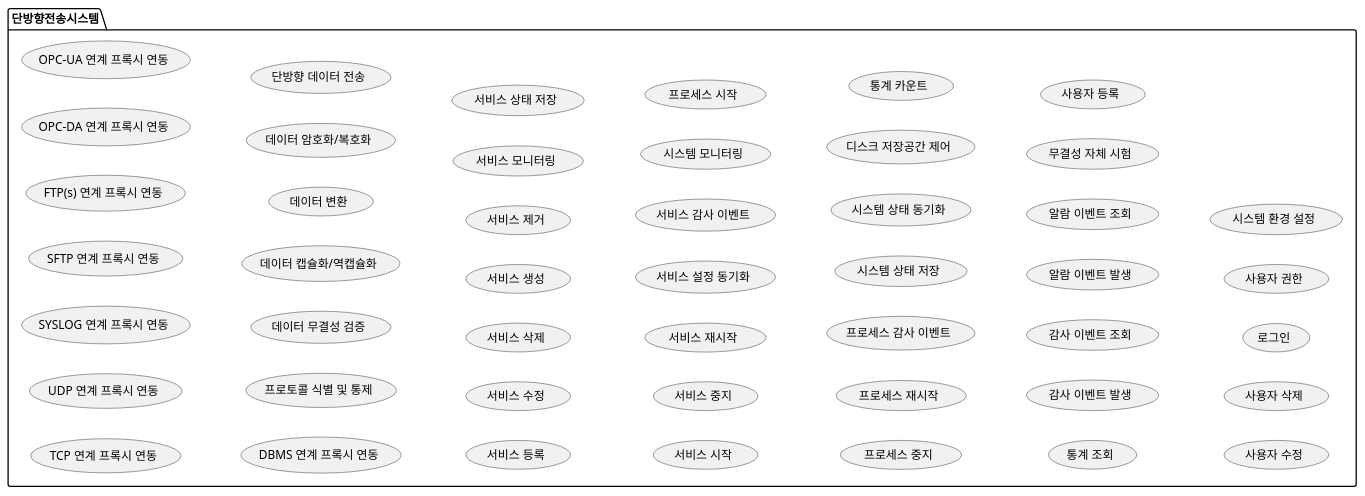
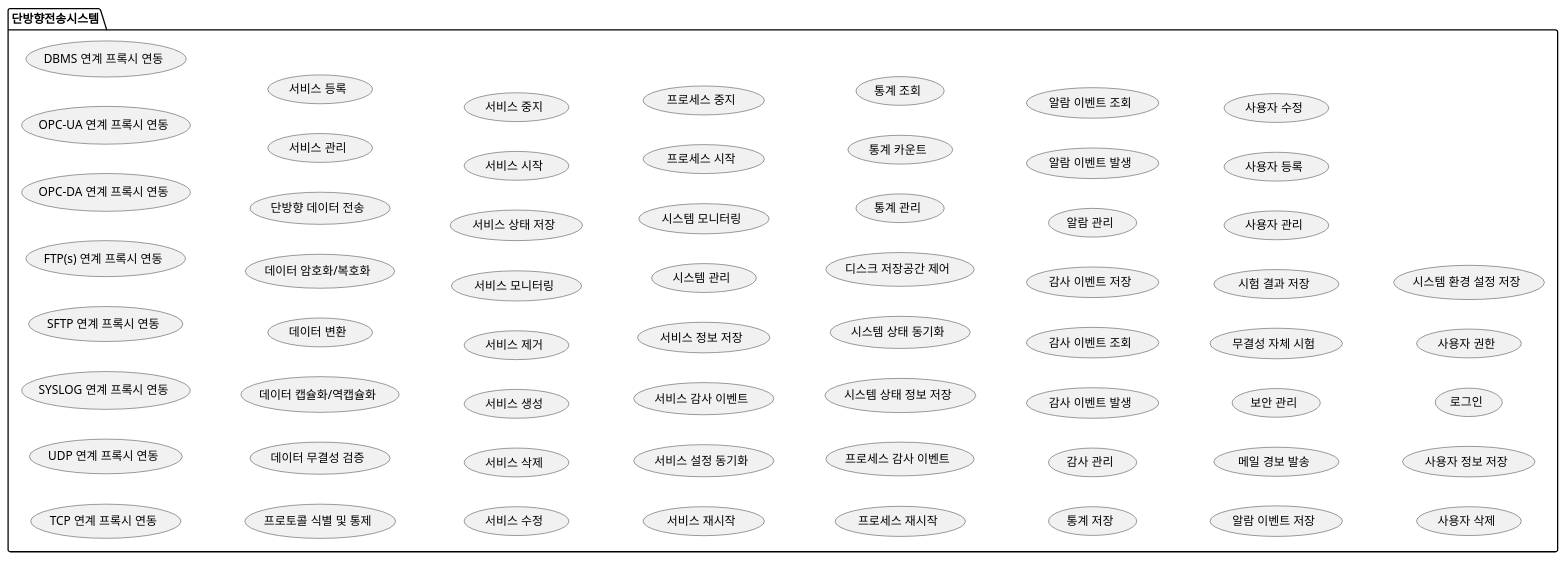
Before and after one commit to phs2131/CSharpStudy: the diagram in UTG Design/usecase_list.plantuml, drawn with PlantUML.

Commit message:
usecase definition

```diff
--- a/UTG Design/usecase_list.plantuml
+++ b/UTG Design/usecase_list.plantuml
@@ -1,63 +1,78 @@
 @startuml
 left to right direction
 
 package "단방향전송시스템" as UTG_System {
     usecase "TCP 연계 프록시 연동" as TCPProxy
     usecase "UDP 연계 프록시 연동" as UDPProxy
     usecase "SYSLOG 연계 프록시 연동" as SYSLOGProxy
     usecase "SFTP 연계 프록시 연동" as SFTPProxy
     usecase "FTP(s) 연계 프록시 연동" as FTPsProxy
     usecase "OPC-DA 연계 프록시 연동" as OPCDAProxy
     usecase "OPC-UA 연계 프록시 연동" as OPCUAProxy
     usecase "DBMS 연계 프록시 연동" as DBMSProxy
     usecase "프로토콜 식별 및 통제" as ProtoClassify
     usecase "데이터 무결성 검증" as DataIntegrityChk
     usecase "데이터 캡슐화/역캡슐화" as DataEncapDecap
     usecase "데이터 변환" as OPCDataConvert
     usecase "데이터 암호화/복호화" as DataEncDec
     usecase "단방향 데이터 전송" as UniDataTransfer
 
+    usecase "서비스 관리"
     usecase "서비스 등록"
     usecase "서비스 수정"
     usecase "서비스 삭제"
     usecase "서비스 생성"
     usecase "서비스 제거"
     usecase "서비스 모니터링"
     usecase "서비스 상태 저장"
     usecase "서비스 시작"
     usecase "서비스 중지"
     usecase "서비스 재시작"
     usecase "서비스 설정 동기화"
     usecase "서비스 감사 이벤트"
+    usecase "서비스 정보 저장"
 
+    usecase "시스템 관리"
     usecase "시스템 모니터링"
     usecase "프로세스 시작"
     usecase "프로세스 중지"
     usecase "프로세스 재시작"
     usecase "프로세스 감사 이벤트"
-    usecase "시스템 상태 저장"
+    usecase "시스템 상태 정보 저장"
     usecase "시스템 상태 동기화"
     usecase "디스크 저장공간 제어"
 
+    usecase "통계 관리"
     usecase "통계 카운트"
     usecase "통계 조회"
+    usecase "통계 저장"
 
+    usecase "감사 관리"
     usecase "감사 이벤트 발생"
     usecase "감사 이벤트 조회"
+    usecase "감사 이벤트 저장"
 
+    usecase "알람 관리"
     usecase "알람 이벤트 발생"
     usecase "알람 이벤트 조회"
+    usecase "알람 이벤트 저장"
+    usecase "메일 경보 발송"
 
+    usecase "보안 관리"
     usecase "무결성 자체 시험"
+    usecase "시험 결과 저장"
 
+    usecase "사용자 관리"
     usecase "사용자 등록"
     usecase "사용자 수정"
     usecase "사용자 삭제"
+    usecase "사용자 정보 저장"
     usecase "로그인"
     usecase "사용자 권한"
+'
 
-    usecase "시스템 환경 설정"
+    usecase "시스템 환경 설정 저장"
 
 }
 
 @enduml
```
